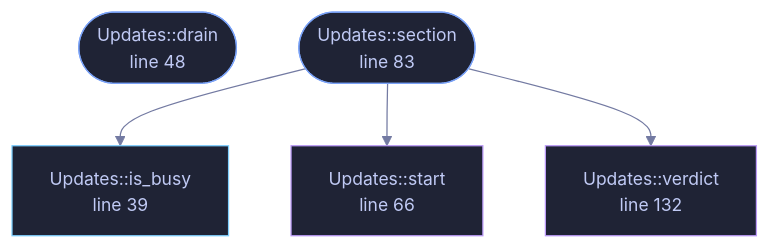
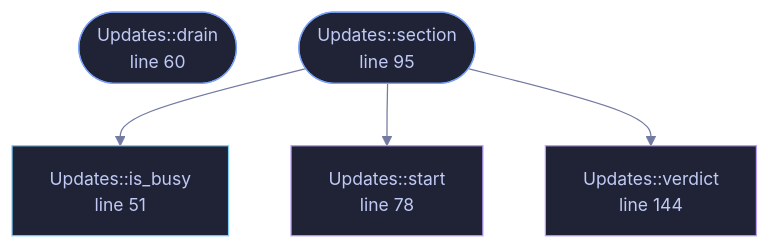
One commit to tilas01/veilvoice changed the diagram in wiki/File-veilvoice-gui-updates.md. Above: the diagram before and after it, drawn with Mermaid. The commit also changed other lines of this file and 487 other files, not shown here.

````diff
--- a/wiki/File-veilvoice-gui-updates.md
+++ b/wiki/File-veilvoice-gui-updates.md
@@ -61,23 +74,23 @@
 ```mermaid
 %%{init: {"theme":"base","themeVariables":{"background":"#1a1b26","primaryColor":"#1f2335","primaryTextColor":"#c0caf5","primaryBorderColor":"#7aa2f7","secondaryColor":"#16161e","tertiaryColor":"#16161e","lineColor":"#737aa2","textColor":"#c0caf5","mainBkg":"#1f2335","nodeBorder":"#7aa2f7","clusterBkg":"#16161e","clusterBorder":"#2f3549","fontFamily":"ui-monospace, SFMono-Regular, Consolas, monospace","fontSize":"14px"}}}%%
 flowchart TD
-    n_is_busy["Updates::is_busy<br/>line 39"]
-    n_drain(["Updates::drain<br/>line 48"])
-    n_start["Updates::start<br/>line 66"]
-    n_section(["Updates::section<br/>line 83"])
-    n_verdict["Updates::verdict<br/>line 132"]
+    n_is_busy["Updates::is_busy<br/>line 51"]
+    n_drain(["Updates::drain<br/>line 60"])
+    n_start["Updates::start<br/>line 78"]
+    n_section(["Updates::section<br/>line 95"])
+    n_verdict["Updates::verdict<br/>line 144"]
     n_section --> n_is_busy
     n_section --> n_start
     n_section --> n_verdict
-    click n_is_busy href "https://github.com/tilas01/veilvoice/blob/main/crates/veilvoice-gui/src/updates.rs#L39" "open the source"
-    click n_drain href "https://github.com/tilas01/veilvoice/blob/main/crates/veilvoice-gui/src/updates.rs#L48" "open the source"
-    click n_start href "https://github.com/tilas01/veilvoice/blob/main/crates/veilvoice-gui/src/updates.rs#L66" "open the source"
-    click n_section href "https://github.com/tilas01/veilvoice/blob/main/crates/veilvoice-gui/src/updates.rs#L83" "open the source"
-    click n_verdict href "https://github.com/tilas01/veilvoice/blob/main/crates/veilvoice-gui/src/updates.rs#L132" "open the source"
+    click n_is_busy href "https://github.com/tilas01/veilvoice/blob/main/crates/veilvoice-gui/src/updates.rs#L51" "open the source"
+    click n_drain href "https://github.com/tilas01/veilvoice/blob/main/crates/veilvoice-gui/src/updates.rs#L60" "open the source"
+    click n_start href "https://github.com/tilas01/veilvoice/blob/main/crates/veilvoice-gui/src/updates.rs#L78" "open the source"
+    click n_section href "https://github.com/tilas01/veilvoice/blob/main/crates/veilvoice-gui/src/updates.rs#L95" "open the source"
+    click n_verdict href "https://github.com/tilas01/veilvoice/blob/main/crates/veilvoice-gui/src/updates.rs#L144" "open the source"
     classDef entry fill:#1f2335,stroke:#7aa2f7,color:#c0caf5
     class n_drain,n_section entry
     classDef api fill:#1f2335,stroke:#7dcfff,color:#c0caf5
     class n_is_busy api
     classDef helper fill:#1f2335,stroke:#bb9af7,color:#c0caf5
     class n_start,n_verdict helper
 ```
````
